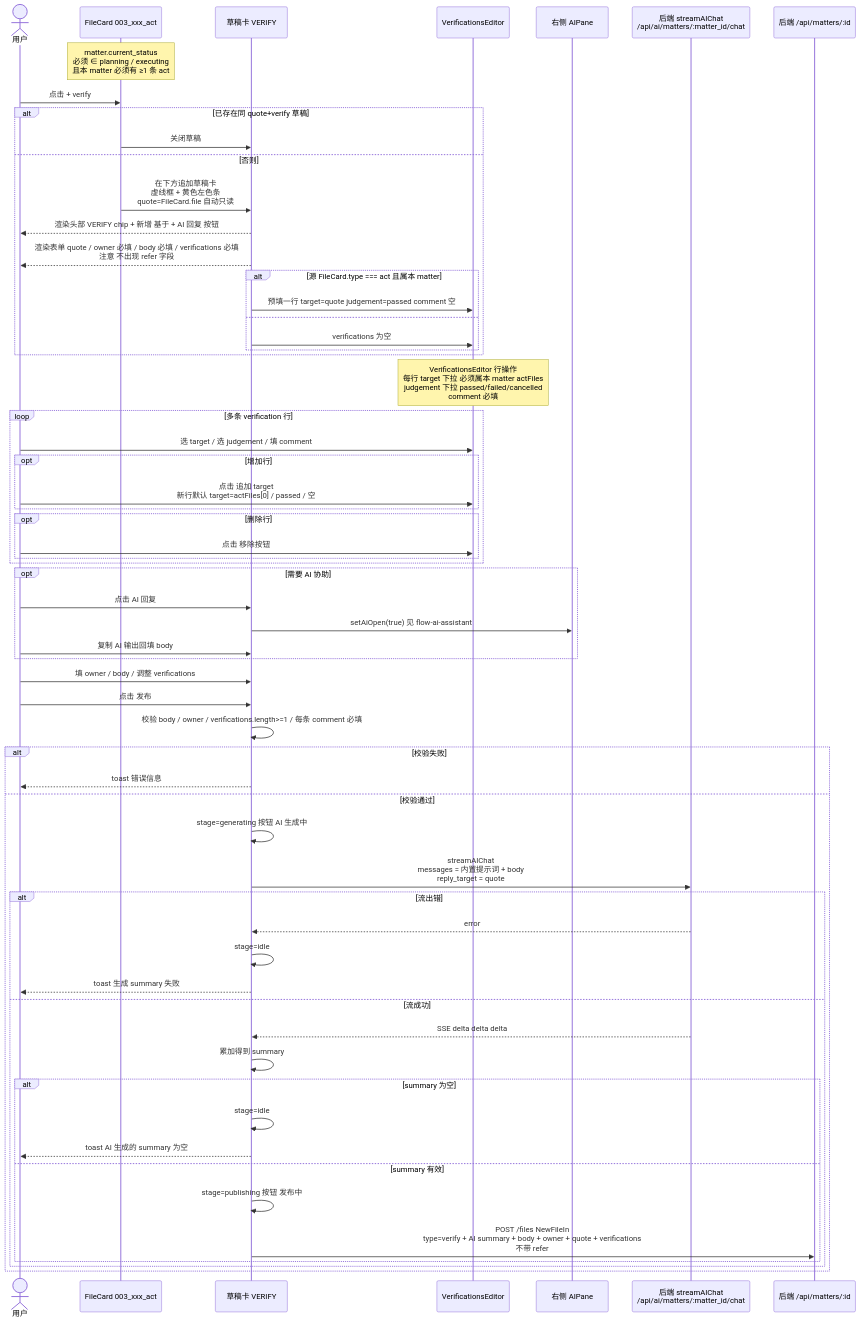
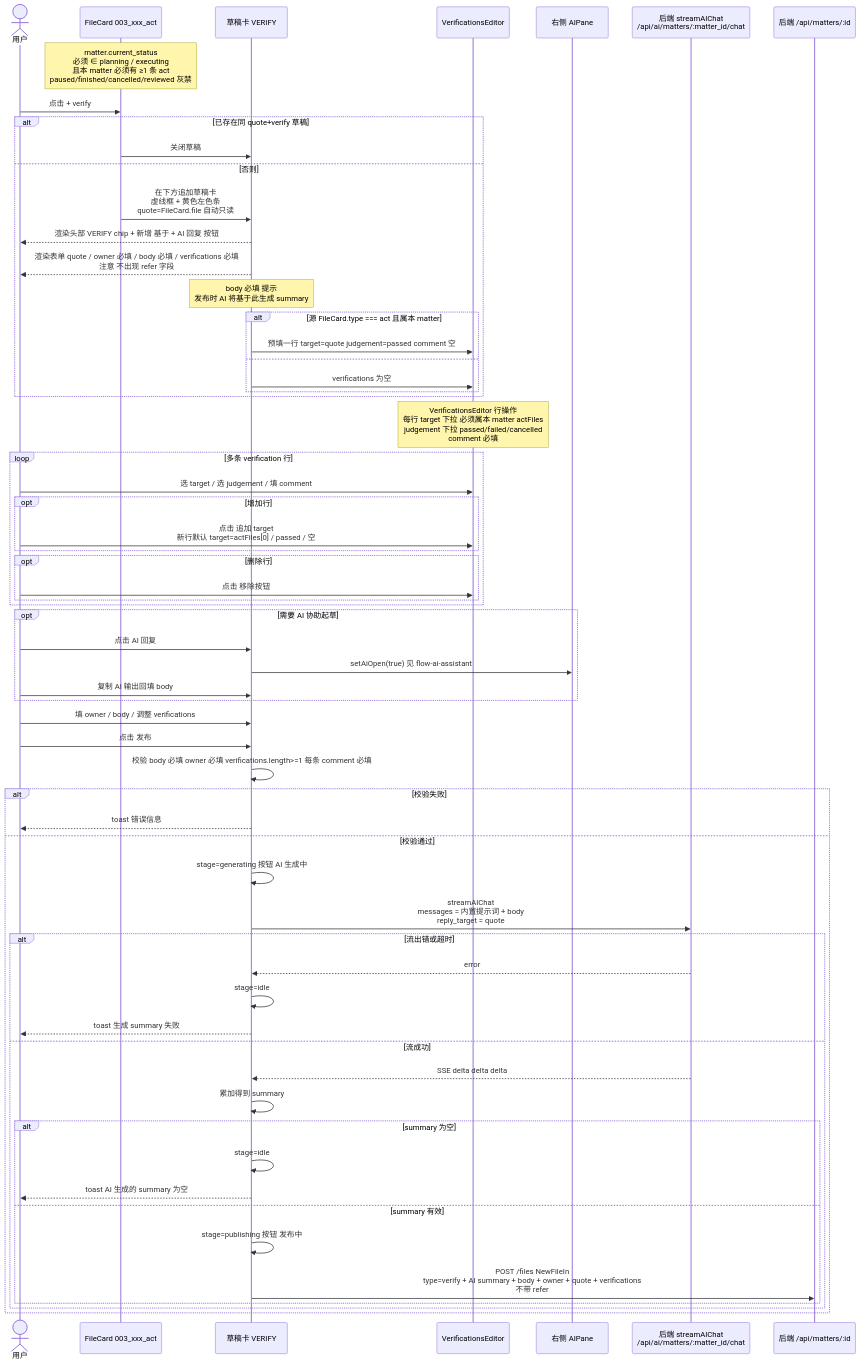
One commit to Tjk666Tjk6660/team-pivot-web changed the diagram in AI-docs/workflow-interaction/flow-verify-card.md. Above: the diagram before and after it, drawn with Mermaid. The commit also changed other lines of this file and 1 other file, not shown here.

Commit message:
docs(matter): add workflow-interaction sequence diagram

````diff
--- a/AI-docs/workflow-interaction/flow-verify-card.md
+++ b/AI-docs/workflow-interaction/flow-verify-card.md
@@ -9,73 +10,74 @@
 ```mermaid
 sequenceDiagram
   actor U as 用户
   participant FC as FileCard 003_xxx_act
   participant DC as 草稿卡 VERIFY
   participant VE as VerificationsEditor
   participant AP as 右侧 AIPane
   participant CHAT as 后端 streamAIChat<br/>/api/ai/matters/:matter_id/chat
   participant API as 后端 /api/matters/:id
 
-  Note over FC: matter.current_status<br/>必须 ∈ planning / executing<br/>且本 matter 必须有 ≥1 条 act
+  Note over FC: matter.current_status<br/>必须 ∈ planning / executing<br/>且本 matter 必须有 ≥1 条 act<br/>paused/finished/cancelled/reviewed 灰禁
 
   U->>FC: 点击 + verify
   alt 已存在同 quote+verify 草稿
     FC->>DC: 关闭草稿
   else 否则
     FC->>DC: 在下方追加草稿卡<br/>虚线框 + 黄色左色条<br/>quote=FileCard.file 自动只读
     DC-->>U: 渲染头部 VERIFY chip + 新增 基于 + AI 回复 按钮
     DC-->>U: 渲染表单 quote / owner 必填 / body 必填 / verifications 必填<br/>注意 不出现 refer 字段
+    Note over DC: body 必填 提示<br/>发布时 AI 将基于此生成 summary
 
     alt 源 FileCard.type === act 且属本 matter
       DC->>VE: 预填一行 target=quote judgement=passed comment 空
     else
       DC->>VE: verifications 为空
     end
   end
 
   Note over VE: VerificationsEditor 行操作<br/>每行 target 下拉 必须属本 matter actFiles<br/>judgement 下拉 passed/failed/cancelled<br/>comment 必填
 
   loop 多条 verification 行
     U->>VE: 选 target / 选 judgement / 填 comment
     opt 增加行
       U->>VE: 点击 追加 target<br/>新行默认 target=actFiles[0] / passed / 空
     end
     opt 删除行
       U->>VE: 点击 移除按钮
     end
   end
 
-  opt 需要 AI 协助
+  opt 需要 AI 协助起草
     U->>DC: 点击 AI 回复
     DC->>AP: setAiOpen(true) 见 flow-ai-assistant
     U->>DC: 复制 AI 输出回填 body
   end
 
   U->>DC: 填 owner / body / 调整 verifications
   U->>DC: 点击 发布
 
-  DC->>DC: 校验 body / owner / verifications.length>=1 / 每条 comment 必填
+  DC->>DC: 校验 body 必填 owner 必填 verifications.length>=1 每条 comment 必填
   alt 校验失败
     DC-->>U: toast 错误信息
   else 校验通过
     DC->>DC: stage=generating 按钮 AI 生成中
 
     DC->>CHAT: streamAIChat<br/>messages = 内置提示词 + body<br/>reply_target = quote
-    alt 流出错
+    alt 流出错或超时
       CHAT-->>DC: error
       DC->>DC: stage=idle
       DC-->>U: toast 生成 summary 失败
     else 流成功
       CHAT-->>DC: SSE delta delta delta
       DC->>DC: 累加得到 summary
 
       alt summary 为空
         DC->>DC: stage=idle
         DC-->>U: toast AI 生成的 summary 为空
       else summary 有效
         DC->>DC: stage=publishing 按钮 发布中
         DC->>API: POST /files NewFileIn<br/>type=verify + AI summary + body + owner + quote + verifications<br/>不带 refer
       end
     end
   end
 ```
````
